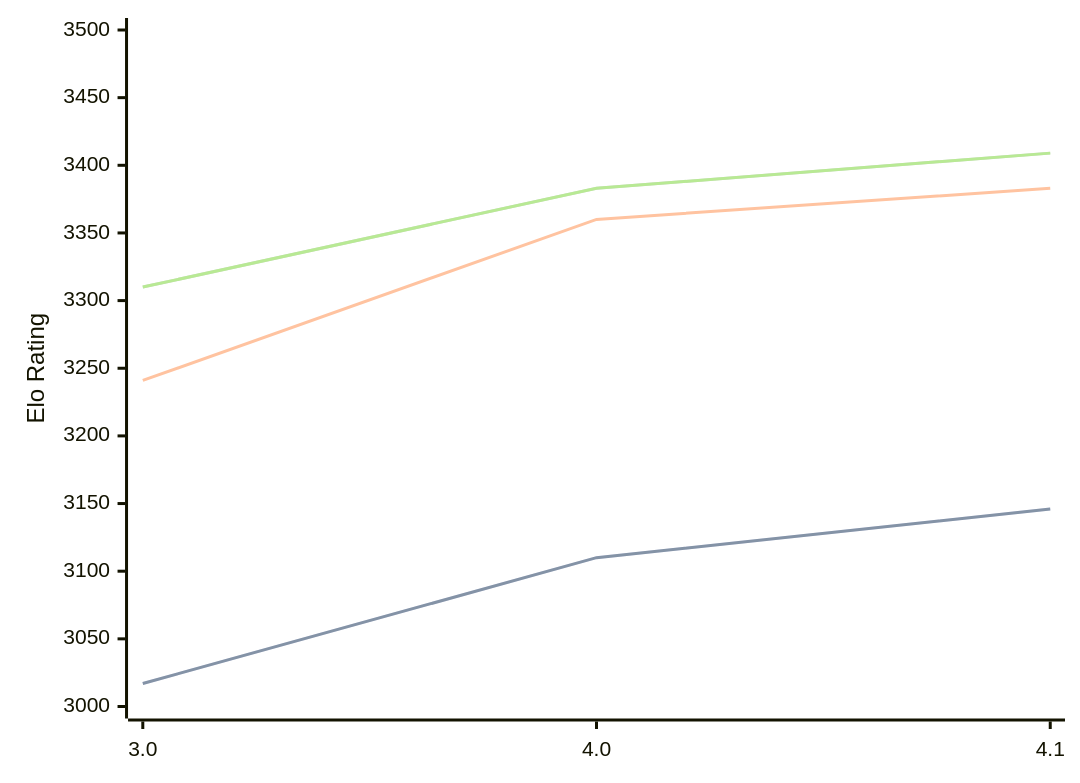
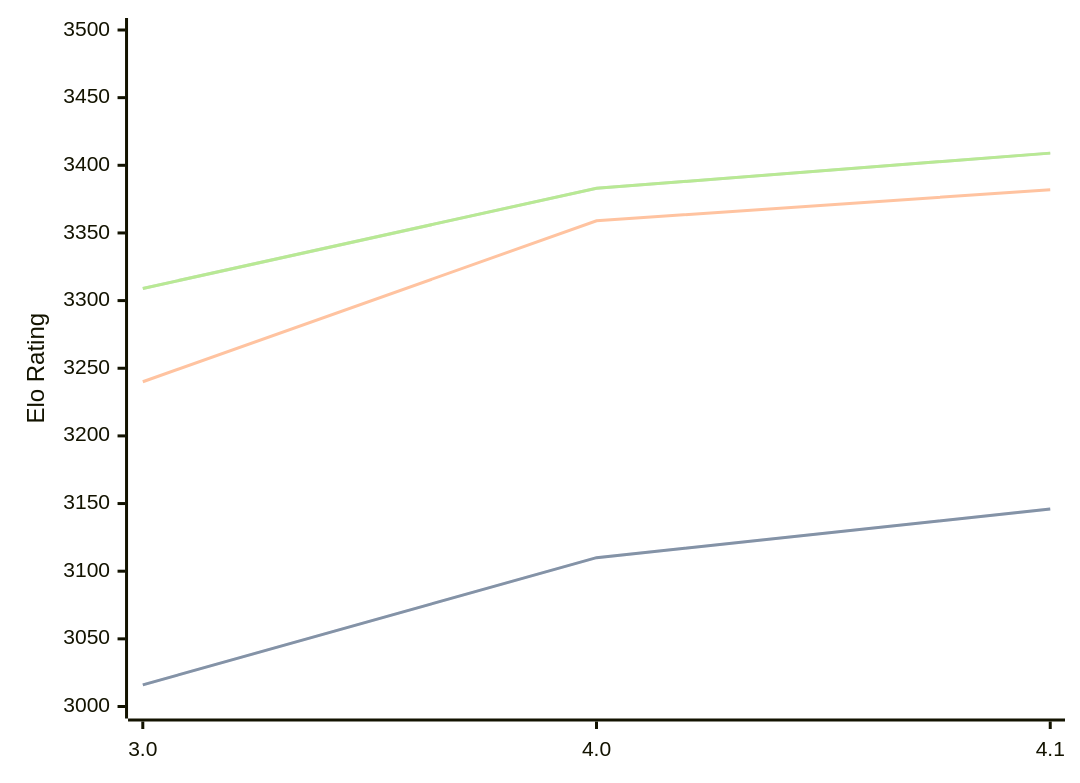
The diagram in engines/Eleanor.md (computer-chess-index/cci), drawn with Mermaid before and after one commit. The commit also changed other lines of this file, not shown here.

Commit message:
Update CCI Ratings (ELO VLTC) - 2026-06-07

````diff
--- a/engines/Eleanor.md
+++ b/engines/Eleanor.md
@@ -35,11 +35,11 @@
 ```mermaid
 %%{init: {"theme":"base","themeVariables":{"seriesColors:['#a3a3a3','#222221','#faa371']}}}%%
 xychart-beta
   x-axis ["3.0", "4.0", "4.1"]
   y-axis "Elo Rating" 3000 --> 3500
-  line "STC (8.0+0.08s)" [3017, 3110, 3146]
-  line "STC (8.0+0.08s)" [3017, 3110, 3146]
-  line "LTC (60.0+0.60s)" [3241, 3360, 3383]
-  line "VLTC (2m24s+1.12s)" [3310, 3383, 3409]
-  line "VLTC (2m24s+1.12s)" [3310, 3383, 3409]
+  line "STC (8.0+0.08s)" [3016, 3110, 3146]
+  line "STC (8.0+0.08s)" [3016, 3110, 3146]
+  line "LTC (60.0+0.60s)" [3240, 3359, 3382]
+  line "VLTC (2m24s+1.12s)" [3309, 3383, 3409]
+  line "VLTC (2m24s+1.12s)" [3309, 3383, 3409]
 ```
````
